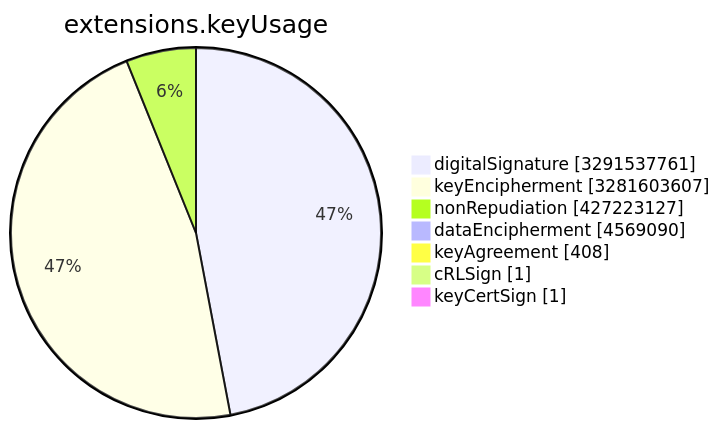
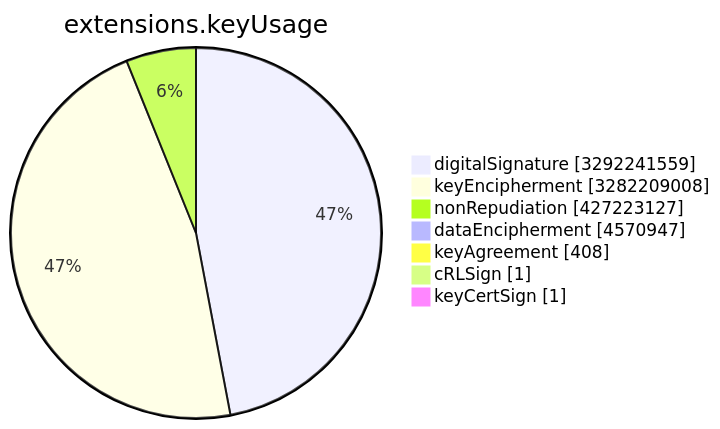
The sixth of 15 diagrams in TOTAL/README.md (christiankrug/ctmonitor_visualization), drawn with Mermaid before and after one commit. The commit also changed other lines of this file, not shown here.

````diff
--- a/TOTAL/README.md
+++ b/TOTAL/README.md
@@ -3078,11 +3078,11 @@
 ```mermaid
 pie showData
 title extensions.keyUsage
-"digitalSignature" :3291537761
-"keyEncipherment" :3281603607
+"digitalSignature" :3292241559
+"keyEncipherment" :3282209008
 "nonRepudiation" :427223127
-"dataEncipherment" :4569090
+"dataEncipherment" :4570947
 "keyAgreement" :408
 "cRLSign" :1
 "keyCertSign" :1
 ```
````
